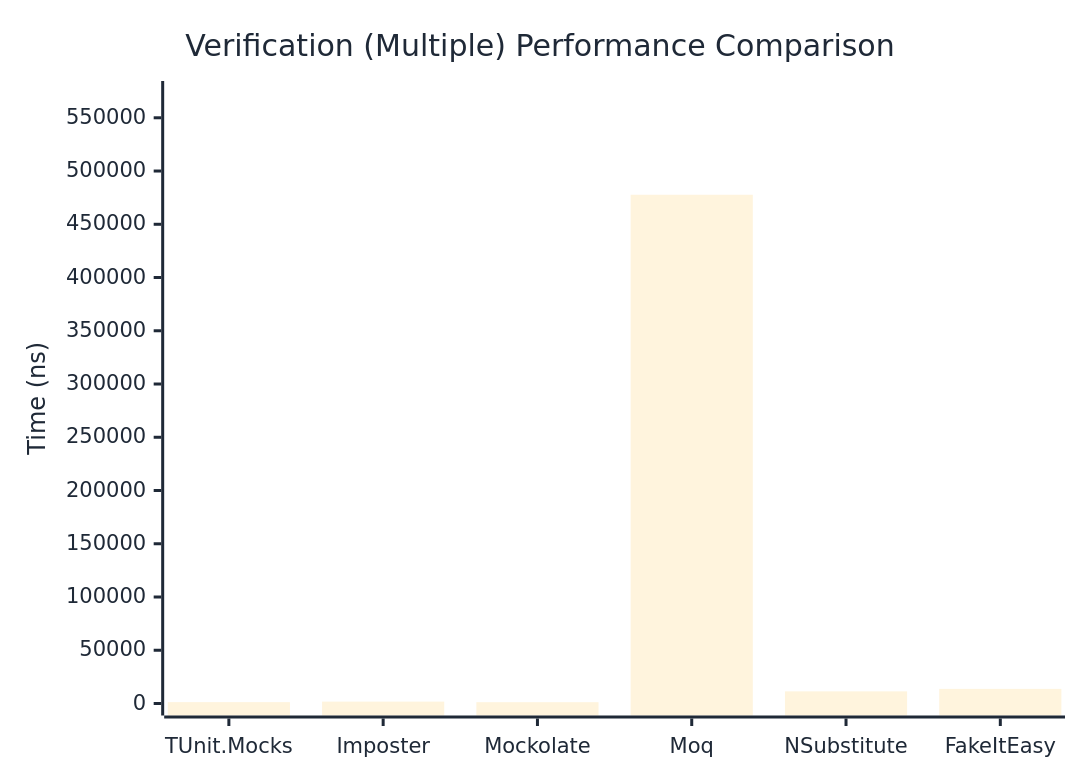
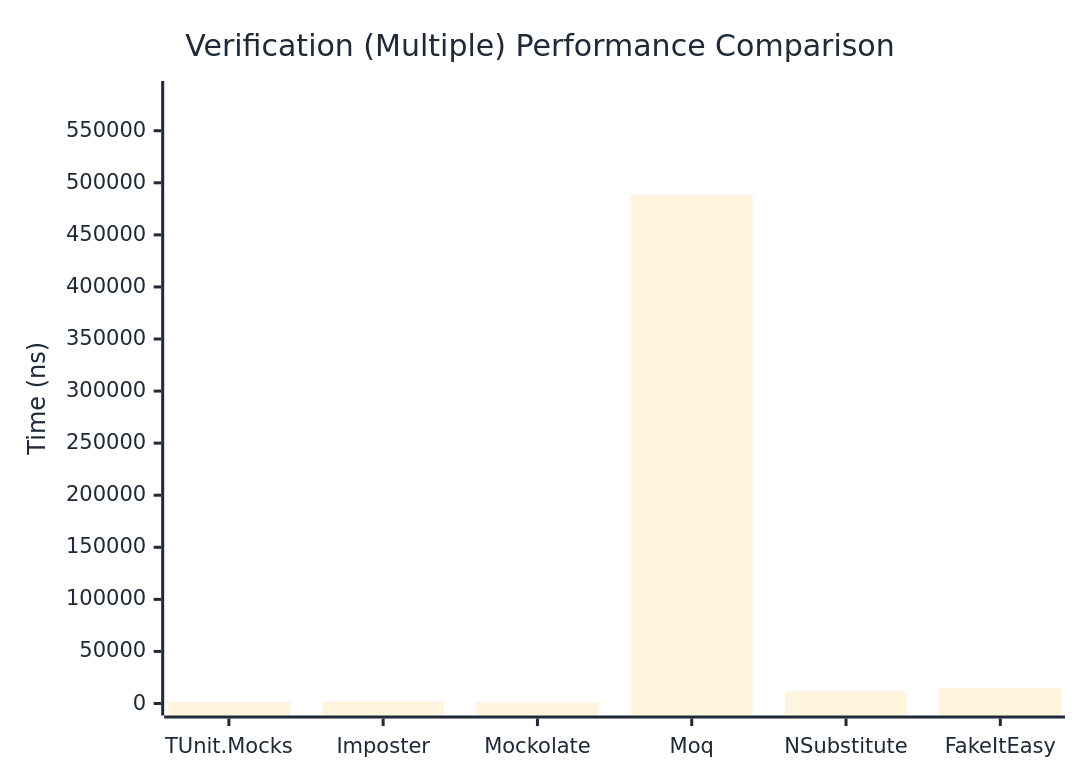
Before and after one commit to thomhurst/TUnit: the third of 3 diagrams in docs/docs/benchmarks/mocks/Verification.md, drawn with Mermaid. The commit also changed other lines of this file and 14 other files, not shown here.

````diff
--- a/docs/docs/benchmarks/mocks/Verification.md
+++ b/docs/docs/benchmarks/mocks/Verification.md
@@ -112,27 +112,27 @@
 ```mermaid
 %%{init: {
   'theme':'base',
   'themeVariables': {
     'primaryColor': '#2563eb',
     'primaryTextColor': '#1f2937',
     'primaryBorderColor': '#1e40af',
     'lineColor': '#6b7280',
     'secondaryColor': '#7c3aed',
     'tertiaryColor': '#dc2626',
     'background': '#ffffff',
     'pie1': '#2563eb',
     'pie2': '#7c3aed',
     'pie3': '#dc2626',
     'pie4': '#f59e0b',
     'pie5': '#10b981',
     'pie6': '#06b6d4',
     'pie7': '#ec4899',
     'pie8': '#6366f1'
   }
 }}%%
 xychart-beta
   title "Verification (Multiple) Performance Comparison"
   x-axis ["TUnit.Mocks", "Imposter", "Mockolate", "Moq", "NSubstitute", "FakeItEasy"]
-  y-axis "Time (ns)" 0 --> 573268
-  bar [1273.56, 1775.45, 1236.29, 477723.02, 11394.5, 13736.76]
+  y-axis "Time (ns)" 0 --> 586235
+  bar [1283.81, 1863.36, 1267.61, 488528.61, 11849.9, 14546.37]
 ```
````
